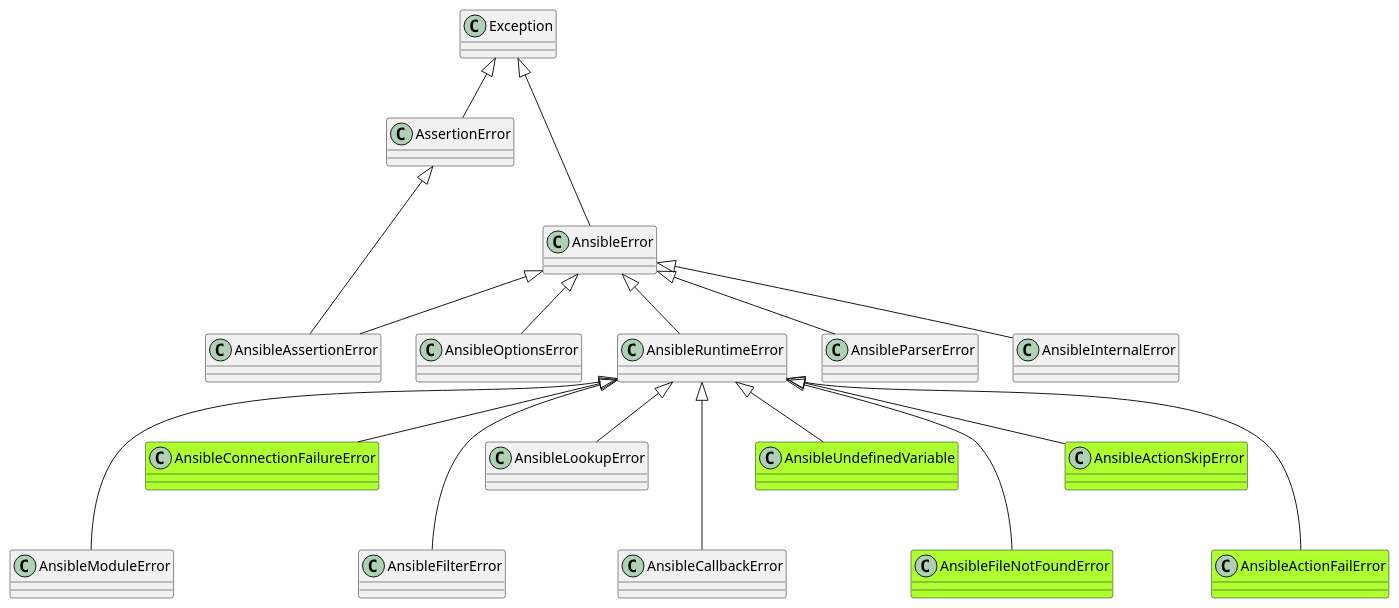
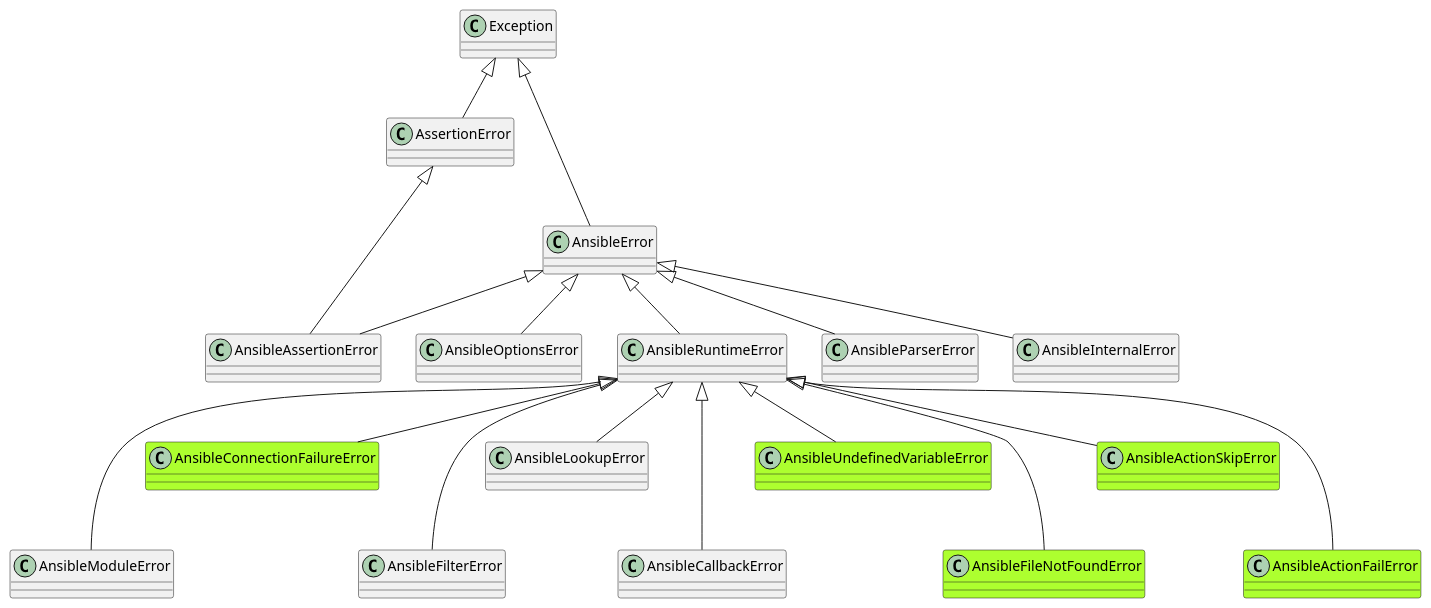
The diagram in project/uml/AnsibleErrors.puml (ezequiels/nazz), drawn with PlantUML before and after one commit.

Commit message:
Move CLI sequence diagrams to different folder. Update domain diagrams.

```diff
--- a/project/uml/AnsibleErrors.puml
+++ b/project/uml/AnsibleErrors.puml
@@ -1,28 +1,28 @@
 @startuml
 
 class Exception
 
 Exception <|-- AssertionError
 Exception <|--- AnsibleError
 AssertionError <|-- AnsibleAssertionError
 AnsibleError <|-- AnsibleAssertionError
 AnsibleError <|-- AnsibleOptionsError
 AnsibleError <|-- AnsibleRuntimeError
 AnsibleError <|--  AnsibleParserError
 AnsibleError <|-- AnsibleInternalError
 AnsibleRuntimeError <|--- AnsibleModuleError
 class AnsibleConnectionFailureError #greenyellow
 AnsibleRuntimeError <|-- AnsibleConnectionFailureError
 AnsibleRuntimeError <|--- AnsibleFilterError
 AnsibleRuntimeError <|-- AnsibleLookupError
 AnsibleRuntimeError <|--- AnsibleCallbackError
-class AnsibleUndefinedVariable #greenyellow
-AnsibleRuntimeError <|-- AnsibleUndefinedVariable
+class AnsibleUndefinedVariableError #greenyellow
+AnsibleRuntimeError <|-- AnsibleUndefinedVariableError
 class AnsibleFileNotFoundError #greenyellow
 AnsibleRuntimeError <|--- AnsibleFileNotFoundError
 class AnsibleActionSkipError #greenyellow
 AnsibleRuntimeError <|-- AnsibleActionSkipError
 class AnsibleActionFailError #greenyellow
 AnsibleRuntimeError <|--- AnsibleActionFailError
 
 @enduml
```
